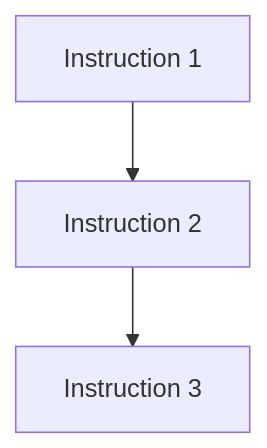
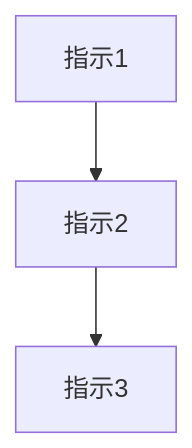
Before and after one commit to rokudone/claude-code-config: the diagram in etc/.claude/commands/summarize.md, drawn with Mermaid. The commit also changed other lines of this file and 5 other files, not shown here.

````diff
--- a/etc/.claude/commands/summarize.md
+++ b/etc/.claude/commands/summarize.md
@@ -21,5 +21,5 @@
 ```mermaid
 graph TD
-    A[Instruction 1] --> B[Instruction 2]
-    B --> C[Instruction 3]
+    A[指示1] --> B[指示2]
+    B --> C[指示3]
 ```
````
